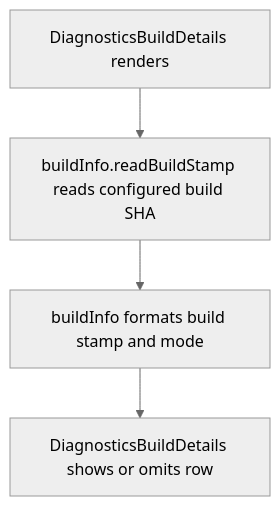
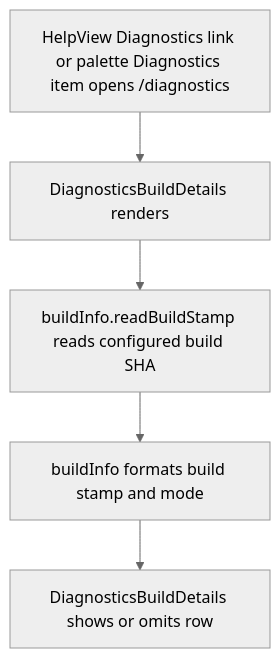
The second of 2 diagrams in user-stories/settings/US-SET-03-build-stamp.md (Kevinjohn/capacitylens), drawn with Mermaid (neutral theme) before and after one commit. The commit also changed other lines of this file and 35 other files, not shown here.

````diff
--- a/user-stories/settings/US-SET-03-build-stamp.md
+++ b/user-stories/settings/US-SET-03-build-stamp.md
@@ -26,6 +26,6 @@
 ```mermaid
 flowchart TD
-  view["DiagnosticsBuildDetails renders"] --> info["buildInfo.readBuildStamp reads configured build SHA"]
+  entry["HelpView Diagnostics link or palette Diagnostics item opens /diagnostics"] --> view["DiagnosticsBuildDetails renders"] --> info["buildInfo.readBuildStamp reads configured build SHA"]
   info --> stamp["buildInfo formats build stamp and mode"]
   stamp --> row["DiagnosticsBuildDetails shows or omits row"]
 ```
````
